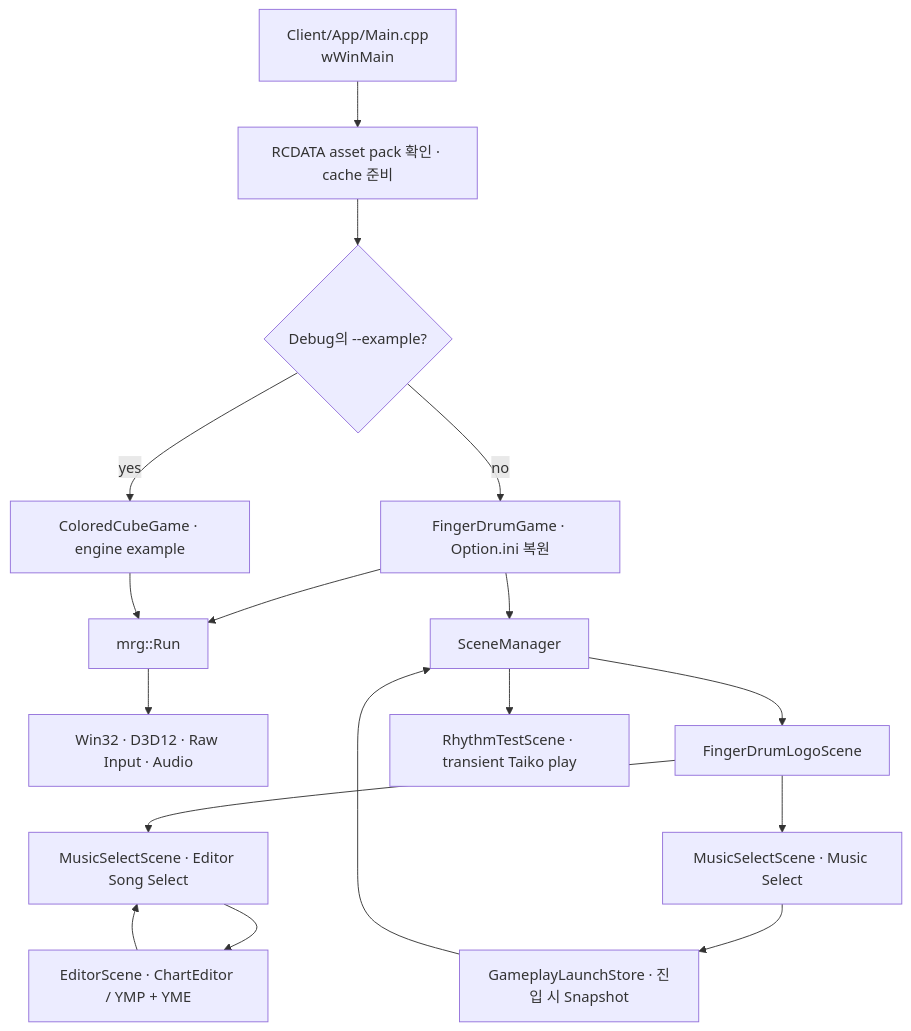
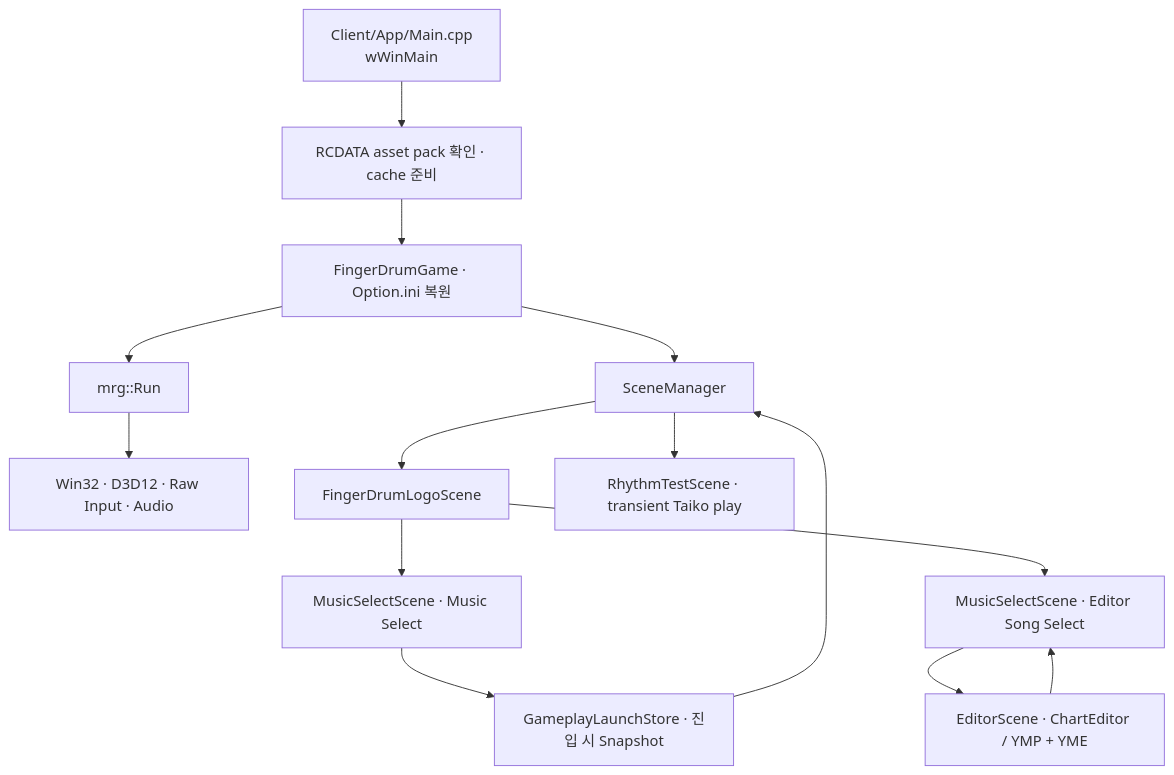
Before and after one commit to 4dblackhole/MyRhythmGame-Client: the diagram in Docs/ExecutionFlow.md, drawn with Mermaid. The commit also changed other lines of this file and 83 other files, not shown here.

````diff
--- a/Docs/ExecutionFlow.md
+++ b/Docs/ExecutionFlow.md
@@ -6,19 +6,16 @@
 ```mermaid
 flowchart TD
     Entry["Client/App/Main.cpp\nwWinMain"] --> Assets["RCDATA asset pack 확인 · cache 준비"]
-    Assets --> Route{"Debug의 --example?"}
-    Route -->|"no"| Game["FingerDrumGame · Option.ini 복원"]
-    Route -->|"yes"| Example["ColoredCubeGame · engine example"]
+    Assets --> Game["FingerDrumGame · Option.ini 복원"]
     Game --> Run["mrg::Run"]
-    Example --> Run
     Run --> Systems["Win32 · D3D12 · Raw Input · Audio"]
     Game --> Manager["SceneManager"]
     Manager --> Logo["FingerDrumLogoScene"]
     Logo --> Lobby["MusicSelectScene · Music Select"]
     Logo --> EditorSelect["MusicSelectScene · Editor Song Select"]
     EditorSelect --> Editor["EditorScene · ChartEditor / YMP + YME"]
     Editor --> EditorSelect
     Lobby --> Request["GameplayLaunchStore · 진입 시 Snapshot"]
     Request --> Manager
     Manager --> Test["RhythmTestScene · transient Taiko play"]
 ```
````
